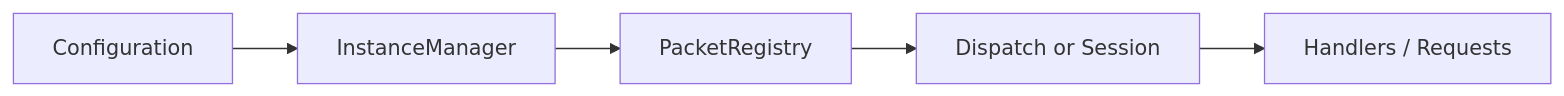
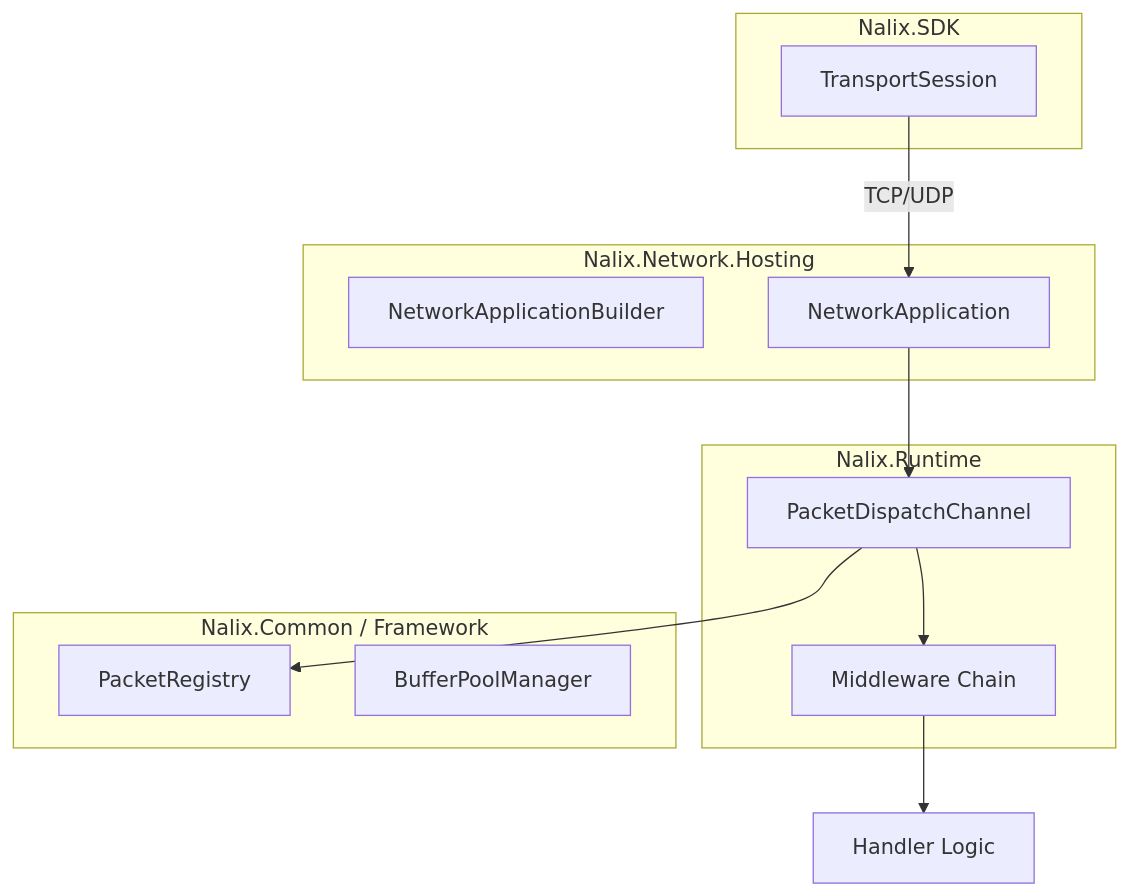
One commit to ppn-systems/Nalix changed the diagram in docs/index.md. Above: the diagram before and after it, drawn with Mermaid. The commit also changed other lines of this file and 27 other files, not shown here.

First line of the commit message:
bug: packet handler dispatch support (#51)

````diff
--- a/docs/index.md
+++ b/docs/index.md
@@ -49,7 +34,27 @@
 ```mermaid
-flowchart LR
-    A["Configuration"] --> B["InstanceManager"]
-    B --> C["PacketRegistry"]
-    C --> D["Dispatch or Session"]
-    D --> E["Handlers / Requests"]
+graph TD
+    subgraph Client ["Nalix.SDK"]
+        Session["TransportSession"]
+    end
+
+    subgraph Server ["Nalix.Network.Hosting"]
+        Builder["NetworkApplicationBuilder"]
+        Host["NetworkApplication"]
+    end
+
+    subgraph Runtime ["Nalix.Runtime"]
+        Dispatch["PacketDispatchChannel"]
+        Middleware["Middleware Chain"]
+    end
+
+    subgraph Base ["Nalix.Common / Framework"]
+        Registry["PacketRegistry"]
+        Pool["BufferPoolManager"]
+    end
+
+    Session -- "TCP/UDP" --> Host
+    Host --> Dispatch
+    Dispatch --> Registry
+    Dispatch --> Middleware
+    Middleware --> Handlers["Handler Logic"]
 ```
````
